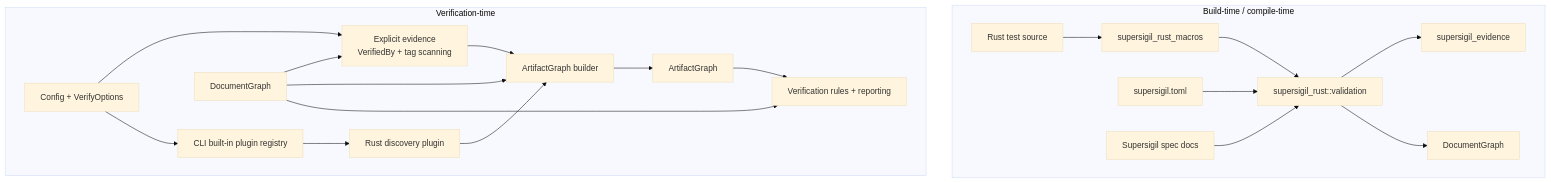
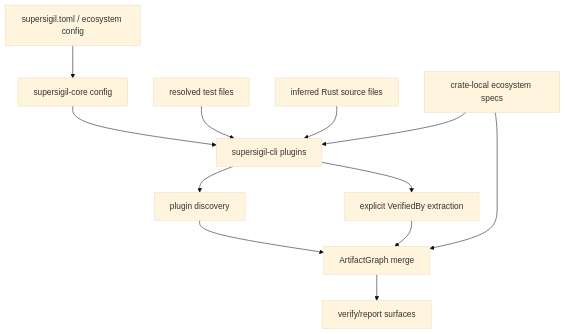
Before and after one commit to jonisavo/supersigil: the diagram in specs/ecosystem-plugins/ecosystem-plugins.design.mdx, drawn with Mermaid (base theme). The commit also changed other lines of this file and 45 other files, not shown here.

Commit message:
docs(workspace): migrate specs into project-local domains

````diff
--- a/specs/ecosystem-plugins/ecosystem-plugins.design.mdx
+++ b/specs/ecosystem-plugins/ecosystem-plugins.design.mdx
@@ -38,41 +29,25 @@
 ```mermaid
 graph TD
-    subgraph "Build-time / compile-time"
-        SRC["Rust test source"]
-        MAC["supersigil_rust_macros"]
-        RUSTSUP["supersigil_rust::validation"]
-        EVID["supersigil_evidence"]
-        CFG["supersigil.toml"]
-        DOCS["Supersigil spec docs"]
-        DG["DocumentGraph"]
-    end
+    CFG["supersigil.toml / ecosystem config"]
+    CORE["supersigil-core config"]
+    CLI["supersigil-cli plugins"]
+    TESTS["resolved test files"]
+    RUSTSRC["inferred Rust source files"]
+    EXPL["explicit VerifiedBy extraction"]
+    PLUG["plugin discovery"]
+    AG["ArtifactGraph merge"]
+    REPORT["verify/report surfaces"]
+    LOCAL["crate-local ecosystem specs"]
 
-    subgraph "Verification-time"
-        CLI["CLI built-in plugin registry"]
-        VCFG["Config + VerifyOptions"]
-        VDG["DocumentGraph"]
-        EXPL["Explicit evidence<br/>VerifiedBy + tag scanning"]
-        RDISC["Rust discovery plugin"]
-        AGB["ArtifactGraph builder"]
-        AG["ArtifactGraph"]
-        RULES["Verification rules + reporting"]
-    end
-
-    SRC --> MAC
-    MAC --> RUSTSUP
-    RUSTSUP --> EVID
-    CFG --> RUSTSUP
-    DOCS --> RUSTSUP
-    RUSTSUP --> DG
-
-    CLI --> RDISC
-    VCFG --> EXPL
-    VCFG --> CLI
-    VDG --> EXPL
-    VDG --> AGB
-    EXPL --> AGB
-    RDISC --> AGB
-    AGB --> AG
-    AG --> RULES
-    VDG --> RULES
+    CFG --> CORE
+    CORE --> CLI
+    TESTS --> CLI
+    RUSTSRC --> CLI
+    CLI --> PLUG
+    CLI --> EXPL
+    PLUG --> AG
+    EXPL --> AG
+    AG --> REPORT
+    LOCAL --> CLI
+    LOCAL --> AG
 ```
````
